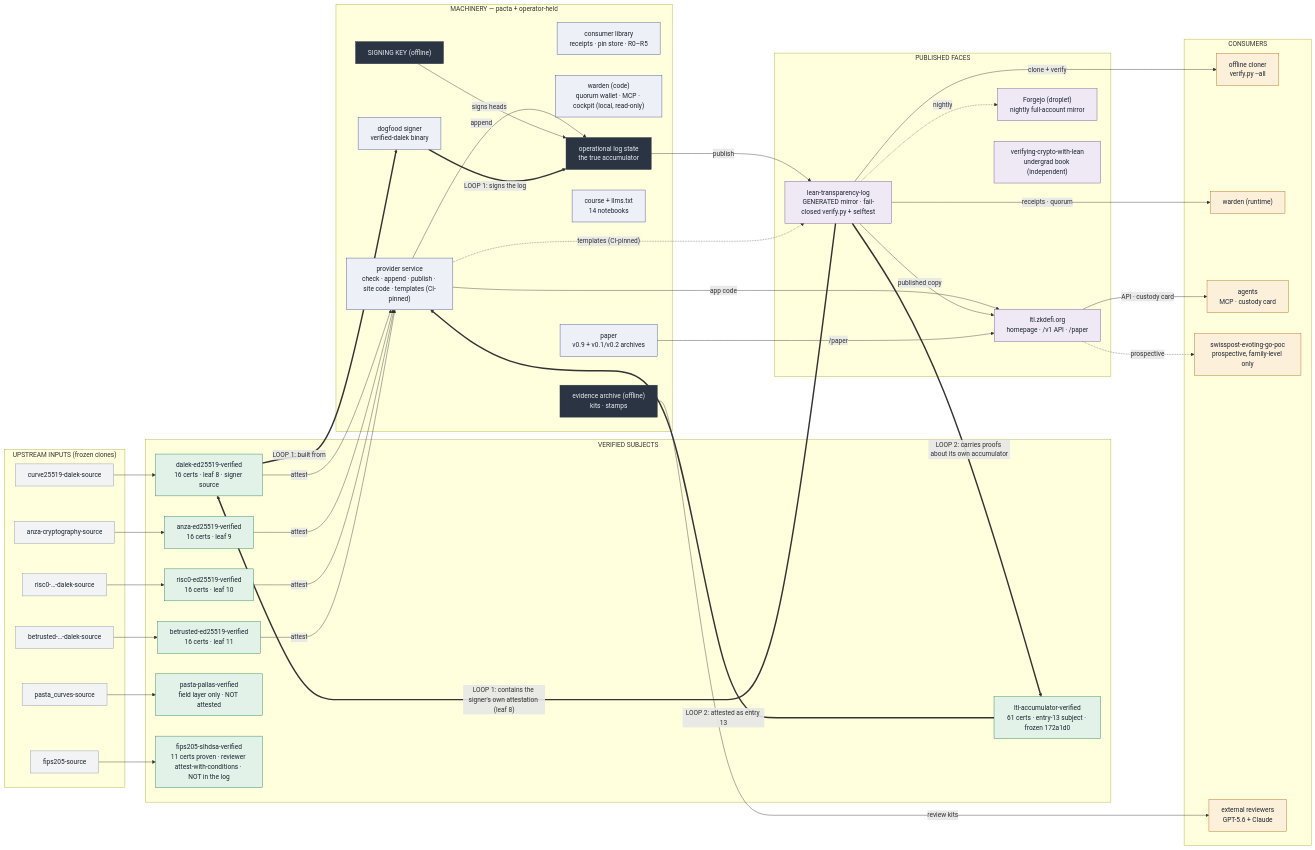
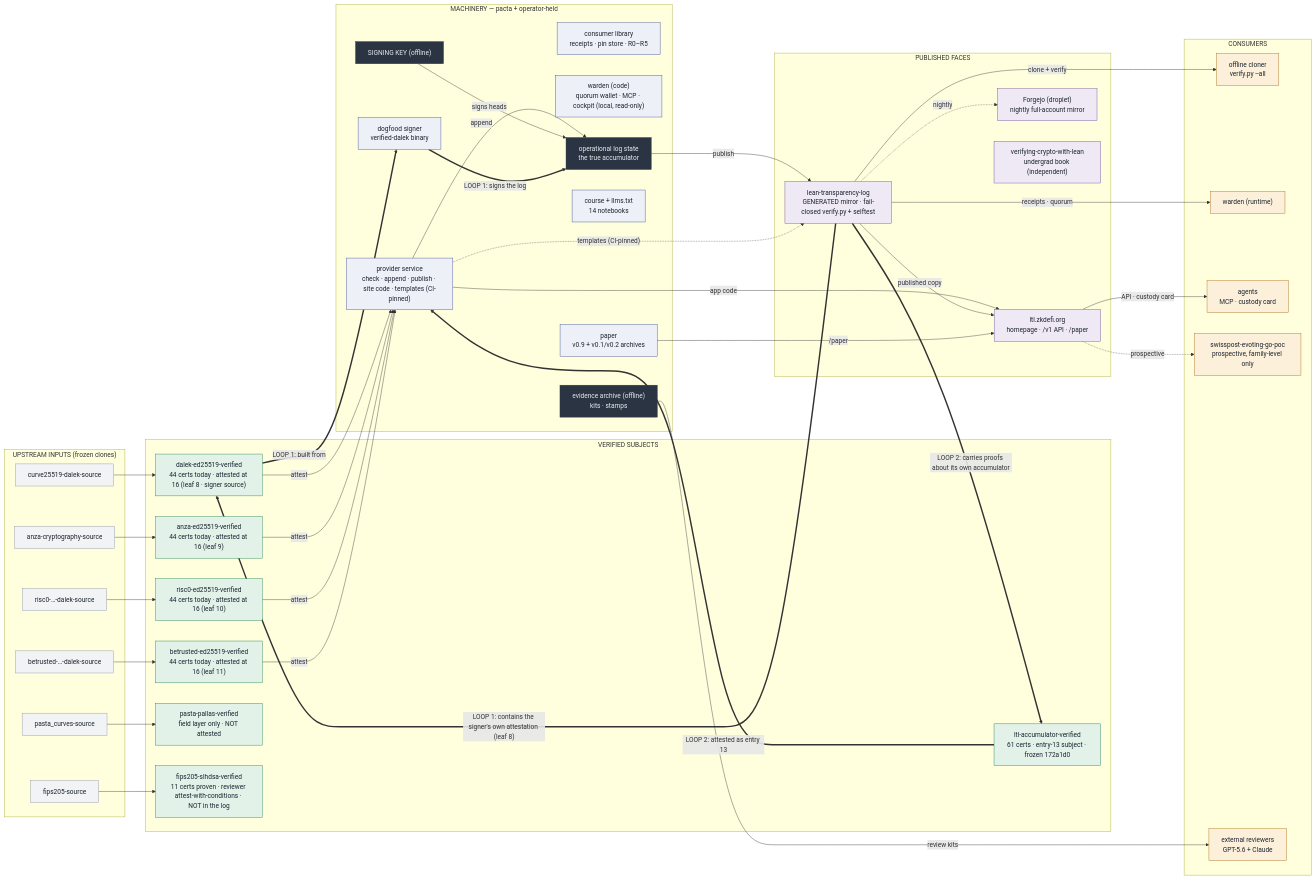
The diagram in ESTATE.md (saymrwulf/proof-aware-crypto-tooling-agent), drawn with Mermaid before and after one commit. The commit also changed other lines of this file and 6 other files, not shown here.

```diff
--- a/ESTATE.md
+++ b/ESTATE.md
@@ -23,10 +23,10 @@
     s6["fips205-source"]
   end
   subgraph V["VERIFIED SUBJECTS"]
-    d["dalek-ed25519-verified<br/>16 certs · leaf 8 · signer source"]
-    a["anza-ed25519-verified<br/>16 certs · leaf 9"]
-    r["risc0-ed25519-verified<br/>16 certs · leaf 10"]
-    b["betrusted-ed25519-verified<br/>16 certs · leaf 11"]
+    d["dalek-ed25519-verified<br/>44 certs today · attested at 16 (leaf 8 · signer source)"]
+    a["anza-ed25519-verified<br/>44 certs today · attested at 16 (leaf 9)"]
+    r["risc0-ed25519-verified<br/>44 certs today · attested at 16 (leaf 10)"]
+    b["betrusted-ed25519-verified<br/>44 certs today · attested at 16 (leaf 11)"]
     p["pasta-pallas-verified<br/>field layer only · NOT attested"]
     f["fips205-slhdsa-verified<br/>11 certs proven · reviewer attest-with-conditions · NOT in the log"]
     c["ltl-accumulator-verified<br/>61 certs · entry-13 subject · frozen 172a1d0"]
```
